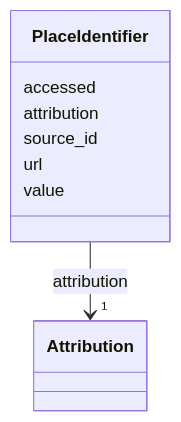
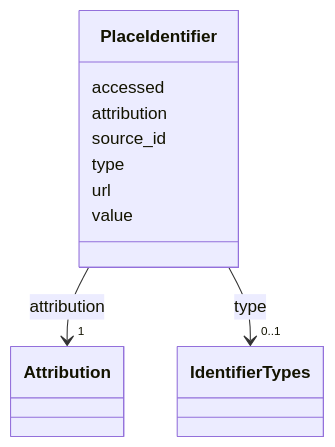
Before and after one commit to dsmedia/pruzhany-schema: the diagram in linkml/generated/docs/shared_record/PlaceIdentifier.md, drawn with Mermaid. The commit also changed other lines of this file and 78 other files, not shown here.

First line of the commit message:
Identifiers on persons and organisations, with an old_identifier type

````diff
--- a/linkml/generated/docs/shared_record/PlaceIdentifier.md
+++ b/linkml/generated/docs/shared_record/PlaceIdentifier.md
@@ -23,25 +23,36 @@
 ```mermaid
  classDiagram
     class PlaceIdentifier
     click PlaceIdentifier href "../PlaceIdentifier/"
       PlaceIdentifier : accessed
         
       PlaceIdentifier : attribution
         
           
     
         
         
         PlaceIdentifier --> "1" Attribution : attribution
         click Attribution href "../Attribution/"
     
 
         
       PlaceIdentifier : source_id
         
+      PlaceIdentifier : type
+        
+          
+    
+        
+        
+        PlaceIdentifier --> "0..1" IdentifierTypes : type
+        click IdentifierTypes href "../IdentifierTypes/"
+    
+
+        
       PlaceIdentifier : url
         
       PlaceIdentifier : value
         
       
 ```
````
